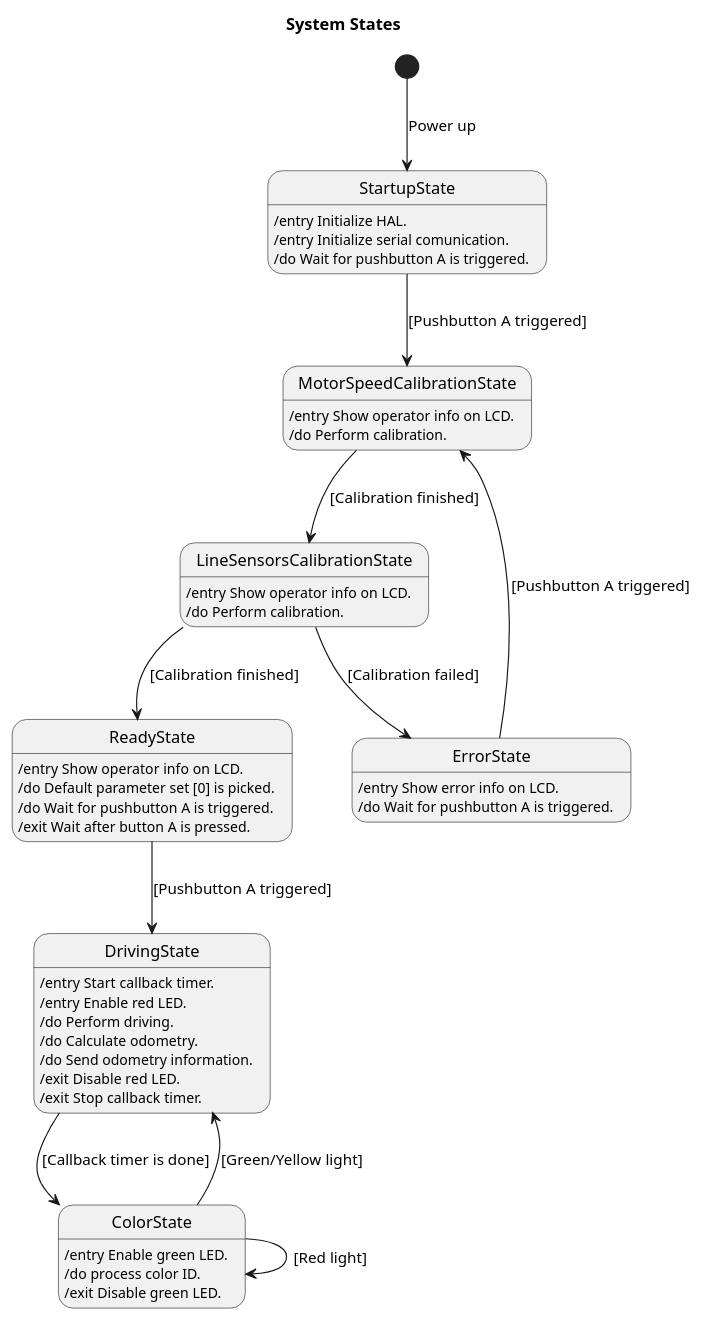
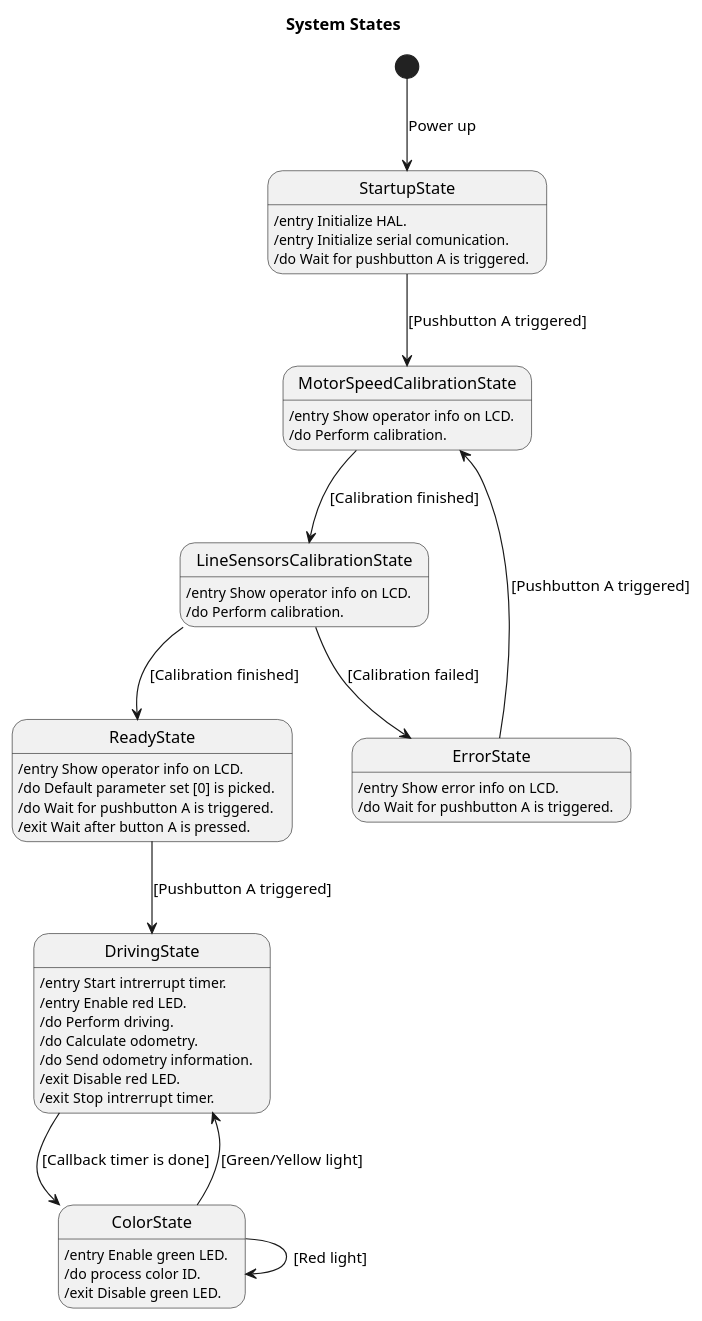
Before and after one commit to BlueAndi/RadonUlzer: the diagram in doc/architecture/uml/ProcessView/EndlessRun/SystemStates.plantuml, drawn with PlantUML.

Commit message:
(UML) Renamed the intrerrupt timer in Driving state.

```diff
--- a/doc/architecture/uml/ProcessView/EndlessRun/SystemStates.plantuml
+++ b/doc/architecture/uml/ProcessView/EndlessRun/SystemStates.plantuml
@@ -1,46 +1,46 @@
 @startuml
 
 title System States
 
 state StartupState: /entry Initialize HAL.
 state StartupState: /entry Initialize serial comunication.
 state StartupState: /do Wait for pushbutton A is triggered.
 
 state MotorSpeedCalibrationState: /entry Show operator info on LCD.
 state MotorSpeedCalibrationState: /do Perform calibration.
 
 state LineSensorsCalibrationState: /entry Show operator info on LCD.
 state LineSensorsCalibrationState: /do Perform calibration.
 
 state ErrorState: /entry Show error info on LCD.
 state ErrorState: /do Wait for pushbutton A is triggered.
 
 state ReadyState: /entry Show operator info on LCD.
 state ReadyState: /do Default parameter set [0] is picked.
 state ReadyState: /do Wait for pushbutton A is triggered.
 state ReadyState: /exit Wait after button A is pressed.
 
-state DrivingState: /entry Start callback timer.
+state DrivingState: /entry Start intrerrupt timer.
 state DrivingState: /entry Enable red LED.
 state DrivingState: /do Perform driving.
 state DrivingState: /do Calculate odometry.
 state DrivingState: /do Send odometry information.
 state DrivingState: /exit Disable red LED.
-state DrivingState: /exit Stop callback timer.
+state DrivingState: /exit Stop intrerrupt timer.
 
 state ColorState: /entry Enable green LED.
 state ColorState: /do process color ID.
 state ColorState: /exit Disable green LED.
 
 [*] --> StartupState: Power up
 StartupState --> MotorSpeedCalibrationState: [Pushbutton A triggered]
 MotorSpeedCalibrationState --> LineSensorsCalibrationState: [Calibration finished]
 LineSensorsCalibrationState --> ReadyState: [Calibration finished]
 LineSensorsCalibrationState --> ErrorState: [Calibration failed]
 ReadyState --> DrivingState: [Pushbutton A triggered]
 DrivingState --> ColorState: [Callback timer is done]
 ColorState --> DrivingState: [Green/Yellow light]
 ColorState --> ColorState: [Red light]
 ErrorState --> MotorSpeedCalibrationState: [Pushbutton A triggered]
 
 @enduml
```
